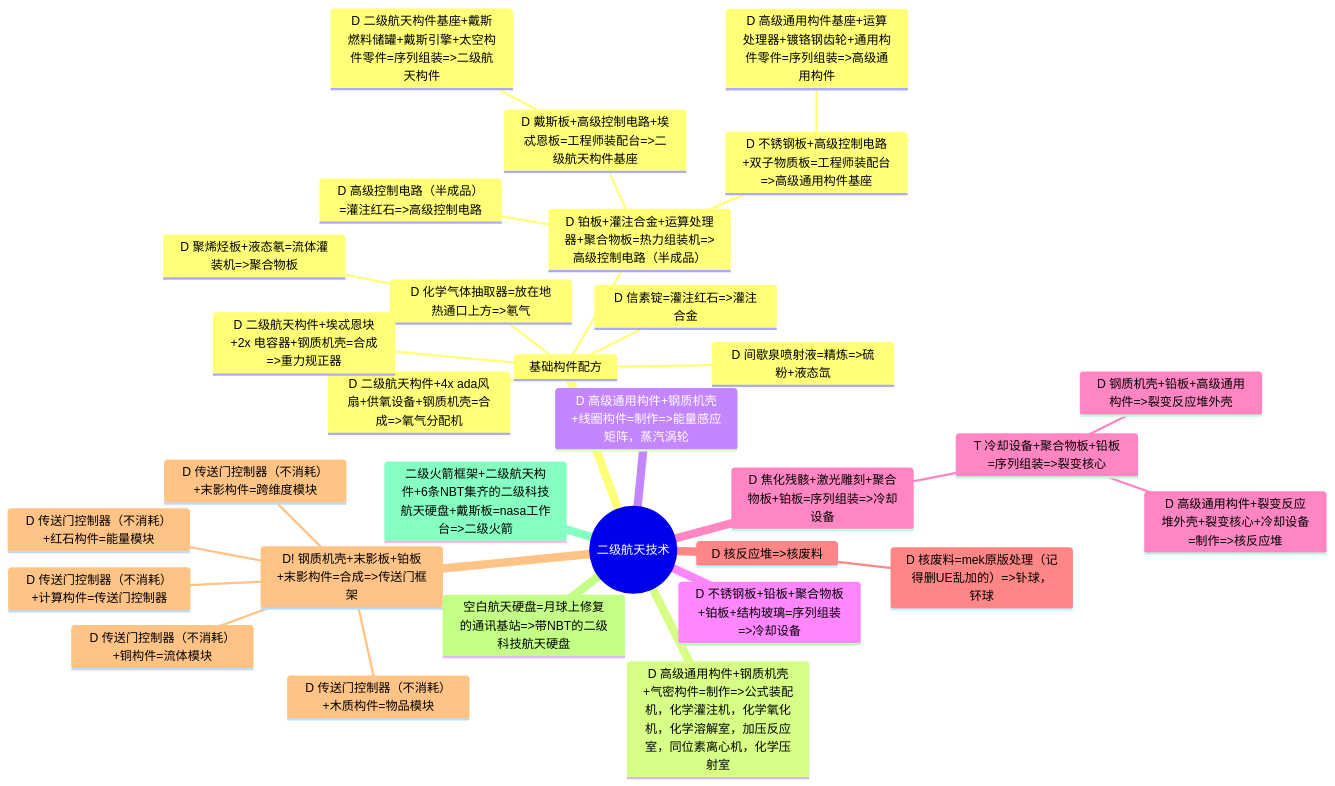
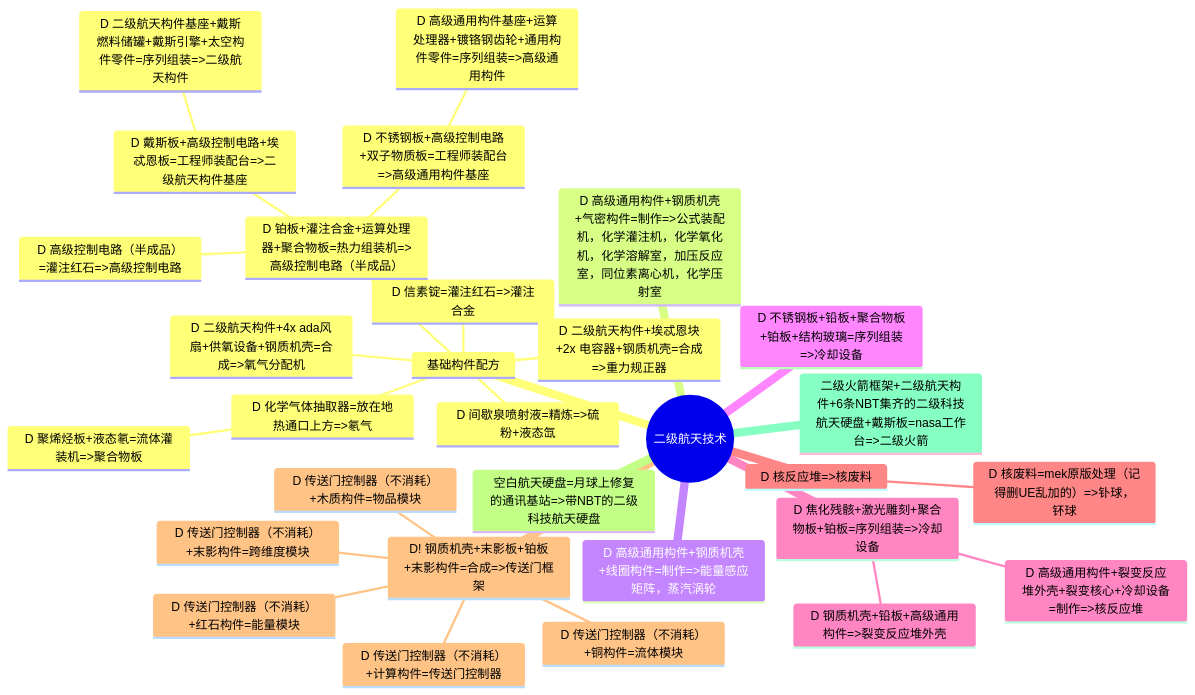
The second of 4 diagrams in Developer/TechTreeMap.md (VechniMetel/CodeNameCIM2), drawn with Mermaid before and after one commit.

````diff
--- a/Developer/TechTreeMap.md
+++ b/Developer/TechTreeMap.md
@@ -48,34 +48,33 @@
 ``` mermaid
 mindmap
     root((二级航天技术))
         基础构件配方
             D 信素锭=灌注红石=>灌注合金
             D 间歇泉喷射液=精炼=>硫粉+液态氙
             D 化学气体抽取器=放在地热通口上方=>氡气
                 D 聚烯烃板+液态氡=流体灌装机=>聚合物板
             D 铂板+灌注合金+运算处理器+聚合物板=热力组装机=>高级控制电路（半成品）
                 D 高级控制电路（半成品）=灌注红石=>高级控制电路
                 D 戴斯板+高级控制电路+埃忒恩板=工程师装配台=>二级航天构件基座
                     D 二级航天构件基座+戴斯燃料储罐+戴斯引擎+太空构件零件=序列组装=>二级航天构件
                 D 不锈钢板+高级控制电路+双子物质板=工程师装配台=>高级通用构件基座
                     D 高级通用构件基座+运算处理器+镀铬钢齿轮+通用构件零件=序列组装=>高级通用构件
             D 二级航天构件+4x ada风扇+供氧设备+钢质机壳=合成=>氧气分配机
             D 二级航天构件+埃忒恩块+2x 电容器+钢质机壳=合成=>重力规正器
         D 高级通用构件+钢质机壳+气密构件=制作=>公式装配机，化学灌注机，化学氧化机，化学溶解室，加压反应室，同位素离心机，化学压射室
         D 高级通用构件+钢质机壳+线圈构件=制作=>能量感应矩阵，蒸汽涡轮
         D 不锈钢板+铅板+聚合物板+铂板+结构玻璃=序列组装=>冷却设备
         D 焦化残骸+激光雕刻+聚合物板+铂板=序列组装=>冷却设备
-           T 冷却设备+聚合物板+铅板=序列组装=>裂变核心
             D 钢质机壳+铅板+高级通用构件=>裂变反应堆外壳
             D 高级通用构件+裂变反应堆外壳+裂变核心+冷却设备=制作=>核反应堆
         D 核反应堆=>核废料
             D 核废料=mek原版处理（记得删UE乱加的）=>钋球，钚球
         D! 钢质机壳+末影板+铂板+末影构件=合成=>传送门框架
             D 传送门控制器（不消耗）+计算构件=传送门控制器
             D 传送门控制器（不消耗）+木质构件=物品模块
             D 传送门控制器（不消耗）+铜构件=流体模块
             D 传送门控制器（不消耗）+红石构件=能量模块
             D 传送门控制器（不消耗）+末影构件=跨维度模块
         空白航天硬盘=月球上修复的通讯基站=>带NBT的二级科技航天硬盘
         二级火箭框架+二级航天构件+6条NBT集齐的二级科技航天硬盘+戴斯板=nasa工作台=>二级火箭
 ```
````
